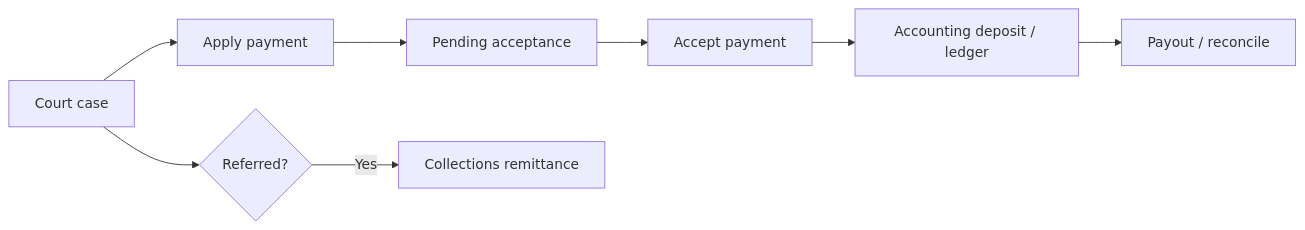
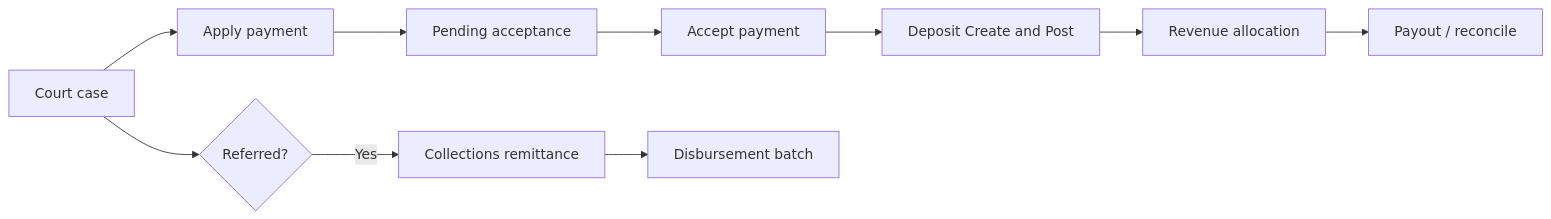
Before and after one commit to mkeslin/tls-docs-repo: the diagram in customer/getting-started/journeys/court-payment-to-accounting.md, drawn with Mermaid. The commit also changed other lines of this file and 34 other files, not shown here.

First line of the commit message:
Deepen Accounting, Collections, and Import/Export for go-live finance training.

````diff
--- a/customer/getting-started/journeys/court-payment-to-accounting.md
+++ b/customer/getting-started/journeys/court-payment-to-accounting.md
@@ -12,10 +12,12 @@
 ```mermaid
 flowchart LR
   A[Court case] --> B[Apply payment]
   B --> C[Pending acceptance]
   C --> D[Accept payment]
-  D --> E[Accounting deposit / ledger]
-  E --> F[Payout / reconcile]
-  A --> G{Referred?}
-  G -->|Yes| H[Collections remittance]
+  D --> E[Deposit Create and Post]
+  E --> F[Revenue allocation]
+  F --> G[Payout / reconcile]
+  A --> H{Referred?}
+  H -->|Yes| I[Collections remittance]
+  I --> J[Disbursement batch]
 ```
````
